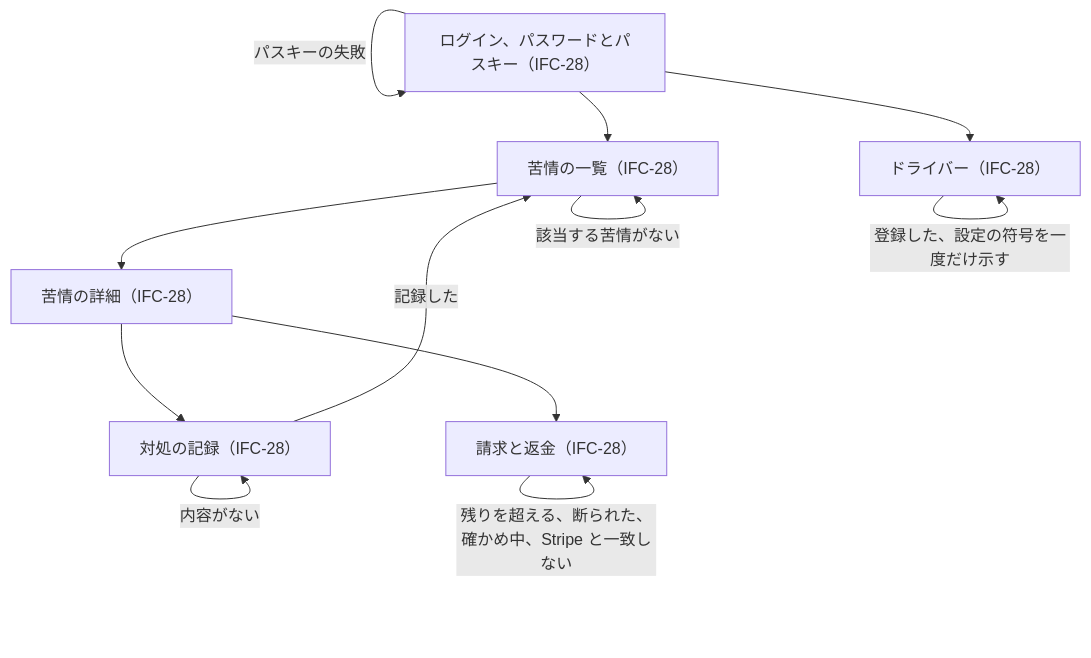
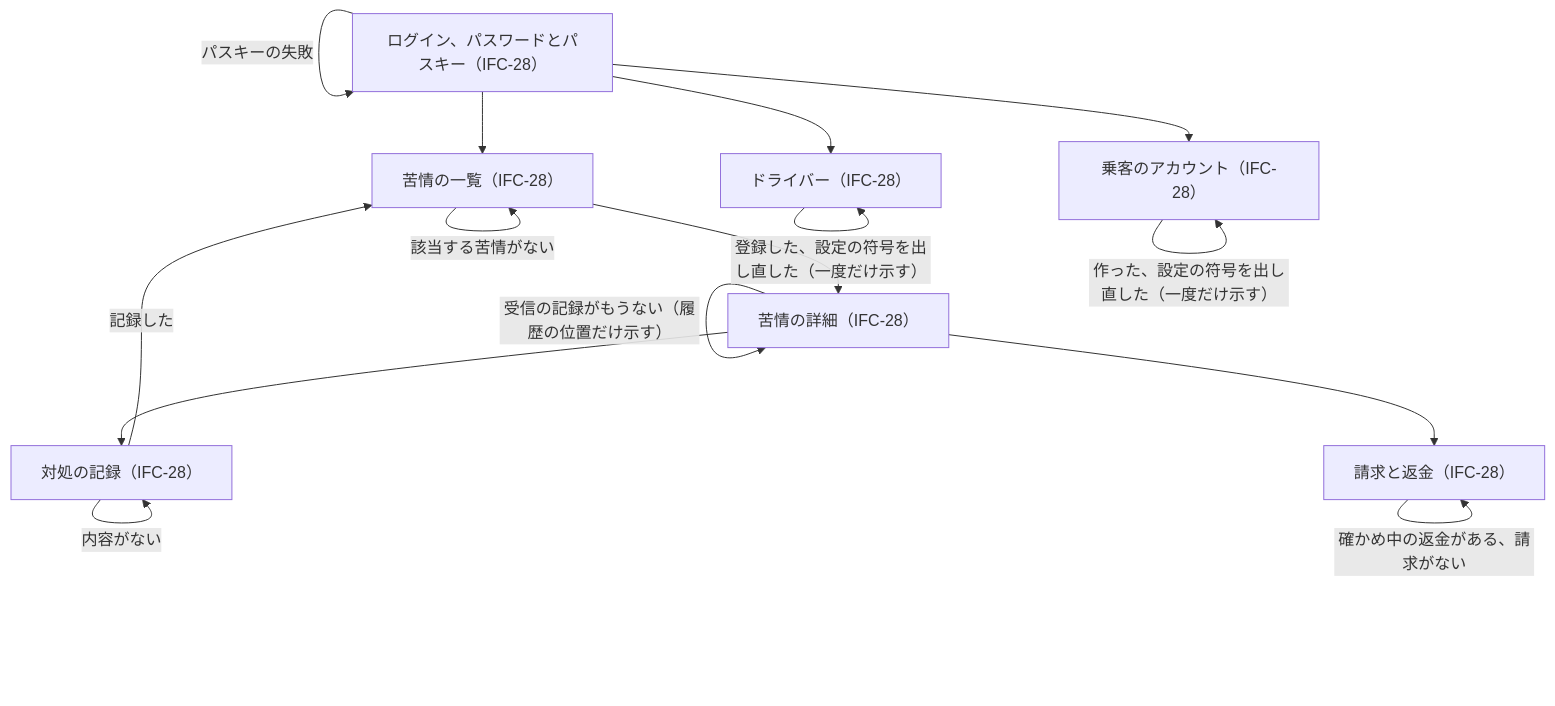
One commit to Taro000/ride-hailing-app-demo changed diagram 31 of 44 in docs/design/3-high-level-design.md. Above: the diagram before and after it, drawn with Mermaid. The commit also changed other lines of this file and 92 other files, not shown here.

First line of the commit message:
architecture-to-high-level-design 再実行: 指摘 FND-30〜43・45〜48 を受け入れ、第 2 段階と品質チェーンの再実行に追随する

````diff
--- a/docs/design/3-high-level-design.md
+++ b/docs/design/3-high-level-design.md
@@ -1485,15 +1760,20 @@
 ```mermaid
 flowchart TD
   AL["ログイン、パスワードとパスキー（IFC-28）"] -->|"パスキーの失敗"| AL
   AL --> CL["苦情の一覧（IFC-28）"]
   CL -->|"該当する苦情がない"| CL
   CL --> CD["苦情の詳細（IFC-28）"]
   CD --> AC["対処の記録（IFC-28）"]
   AC -->|"内容がない"| AC
   AC -->|"記録した"| CL
   CD --> BI["請求と返金（IFC-28）"]
   BI -->|"残りを超える、断られた、確かめ中、Stripe と一致しない"| BI
   AL --> DR["ドライバー（IFC-28）"]
   DR -->|"欠けている、ナンバーが登録済み"| DR
-  DR -->|"登録した、設定の符号を一度だけ示す"| DR
+  DR -->|"登録した、設定の符号を出し直した（一度だけ示す）"| DR
+  AL --> PS["乗客のアカウント（IFC-28）"]
+  PS -->|"欠けている、同じメールアドレス"| PS
+  PS -->|"作った、設定の符号を出し直した（一度だけ示す）"| PS
+  CD -->|"受信の記録がもうない（履歴の位置だけ示す）"| CD
+  BI -->|"確かめ中の返金がある、請求がない"| BI
 ```
````
